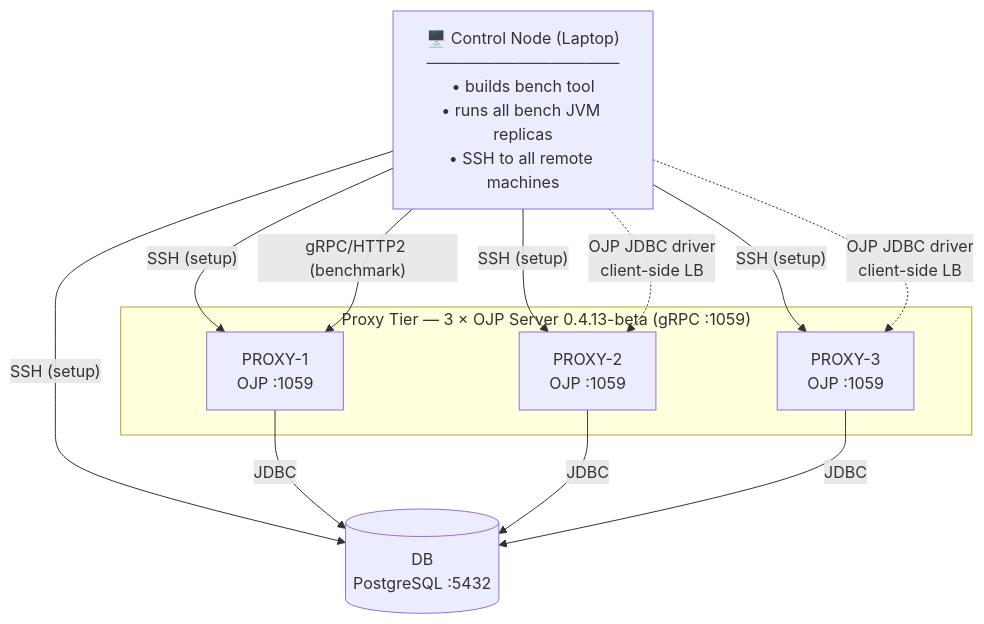
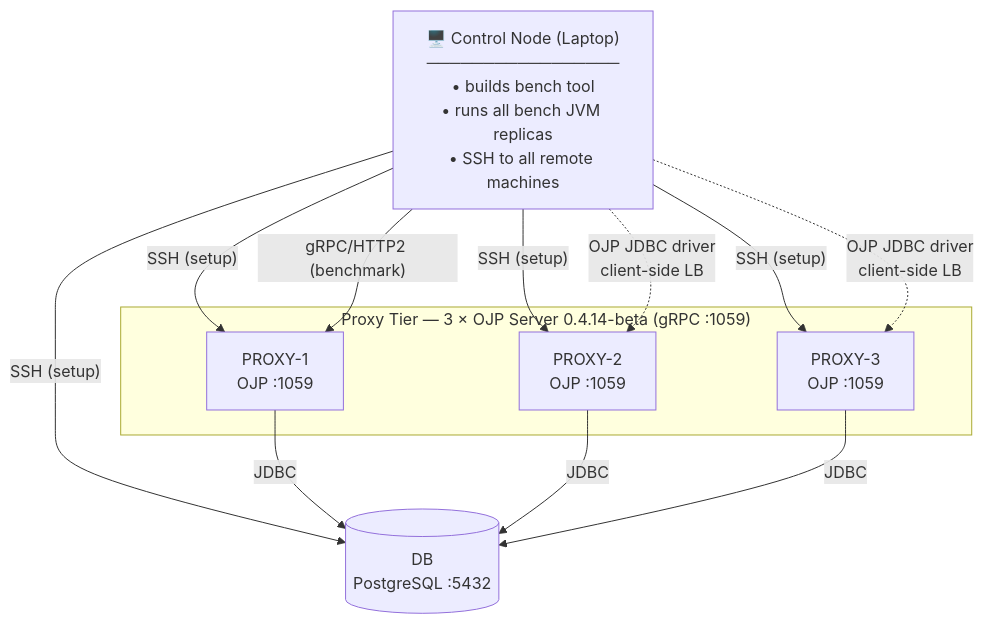
One commit to rrobetti/stressar changed the diagram in docs/DEPLOYMENT_GUIDE.md. Above: the diagram before and after it, drawn with Mermaid. The commit also changed other lines of this file and 6 other files, not shown here.

First line of the commit message:
upgrade ojp version to 0.4.14-beta

````diff
--- a/docs/DEPLOYMENT_GUIDE.md
+++ b/docs/DEPLOYMENT_GUIDE.md
@@ -37,25 +37,25 @@
 ```mermaid
 graph TD
     CTRL["🖥️ Control Node (Laptop)\n─────────────────\n• builds bench tool\n• runs all bench JVM replicas\n• SSH to all remote machines"]
 
-    subgraph PROXY_TIER ["Proxy Tier — 3 × OJP Server 0.4.13-beta (gRPC :1059)"]
+    subgraph PROXY_TIER ["Proxy Tier — 3 × OJP Server 0.4.14-beta (gRPC :1059)"]
         P1["PROXY-1\nOJP :1059"]
         P2["PROXY-2\nOJP :1059"]
         P3["PROXY-3\nOJP :1059"]
     end
 
     DB[("DB\nPostgreSQL :5432")]
 
     CTRL -- "SSH (setup)" --> P1
     CTRL -- "SSH (setup)" --> P2
     CTRL -- "SSH (setup)" --> P3
     CTRL -- "SSH (setup)" --> DB
 
     CTRL -- "gRPC/HTTP2 (benchmark)" --> P1
     CTRL -. "OJP JDBC driver\nclient-side LB" .-> P2
     CTRL -. "OJP JDBC driver\nclient-side LB" .-> P3
 
     P1 -- "JDBC" --> DB
     P2 -- "JDBC" --> DB
     P3 -- "JDBC" --> DB
 ```
````
